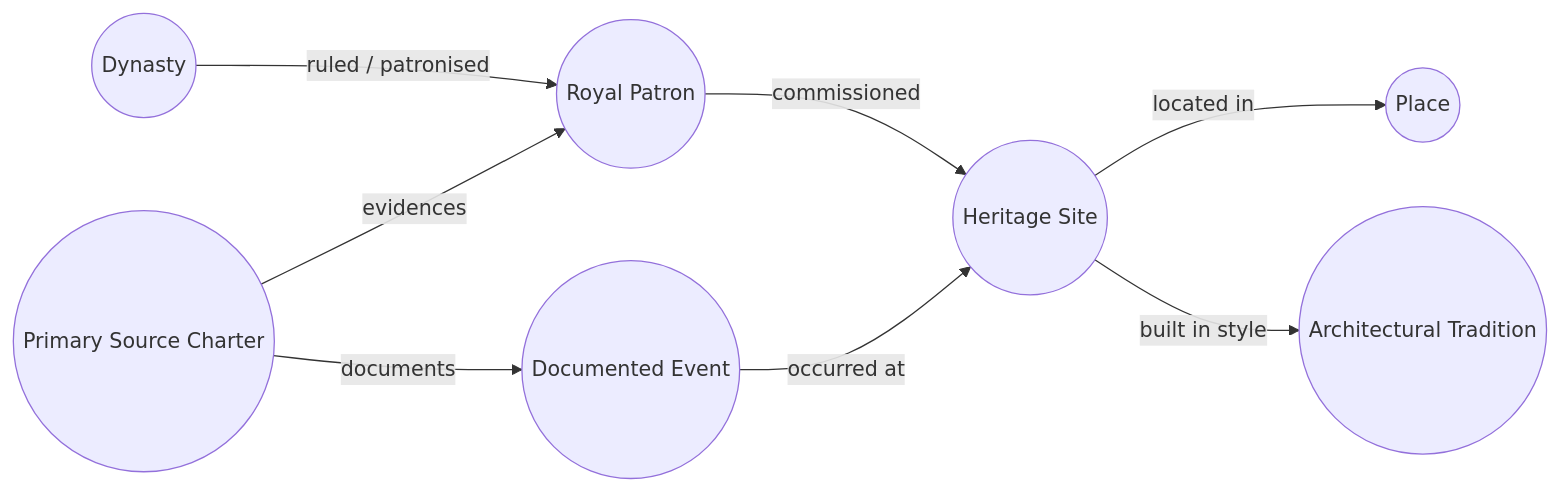
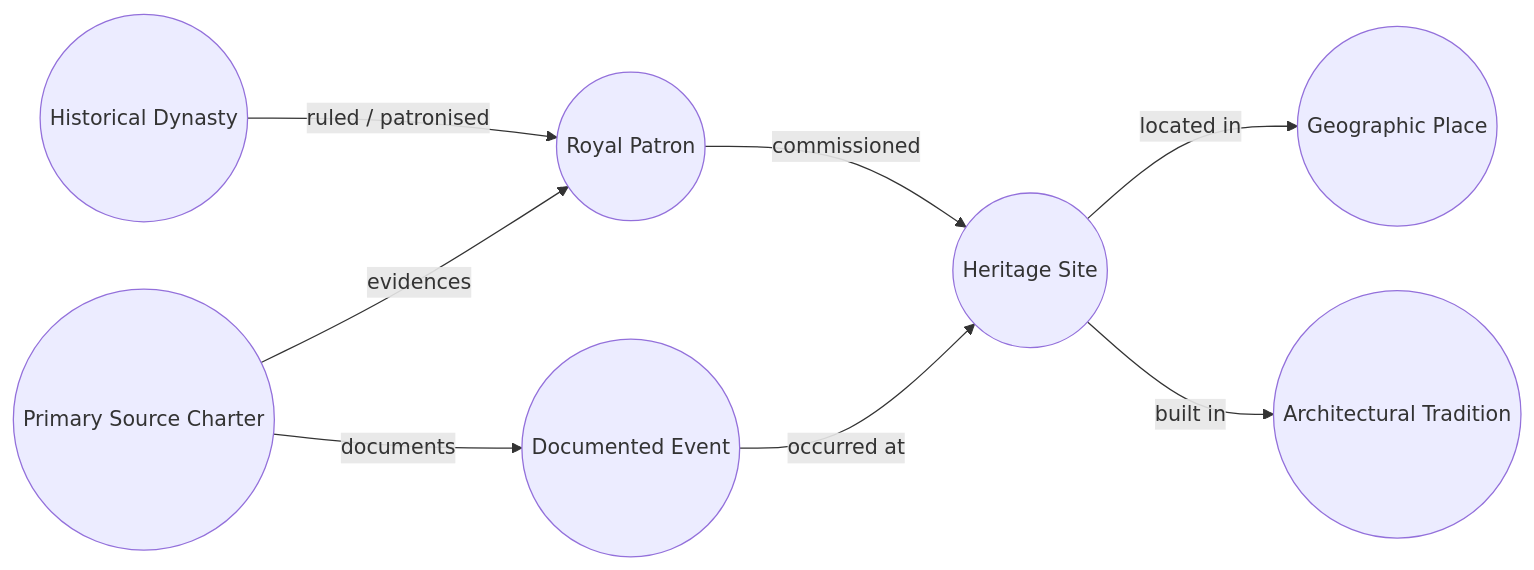
The fourth of 4 diagrams in README.md (bpvankar496-ux/HackIITG), drawn with Mermaid before and after one commit. The commit also changed other lines of this file, not shown here.

Commit message:
Improve README with architecture, API reference and folder structure

````diff
--- a/README.md
+++ b/README.md
@@ -177,18 +187,18 @@
 ```mermaid
 graph LR
     Site((Heritage Site))
     Patron((Royal Patron))
-    Place((Place))
-    Dynasty((Dynasty))
+    Place((Geographic Place))
+    Dynasty((Historical Dynasty))
     Style((Architectural Tradition))
     Event((Documented Event))
     Charter((Primary Source Charter))
 
-    Patron -- commissioned --> Site
-    Dynasty -- ruled / patronised --> Patron
-    Site -- located in --> Place
-    Site -- built in style --> Style
-    Event -- occurred at --> Site
-    Charter -- documents --> Event
-    Charter -- evidences --> Patron
+    Patron -->|commissioned| Site
+    Dynasty -->|ruled / patronised| Patron
+    Site -->|located in| Place
+    Site -->|built in| Style
+    Event -->|occurred at| Site
+    Charter -->|documents| Event
+    Charter -->|evidences| Patron
 ```
````
